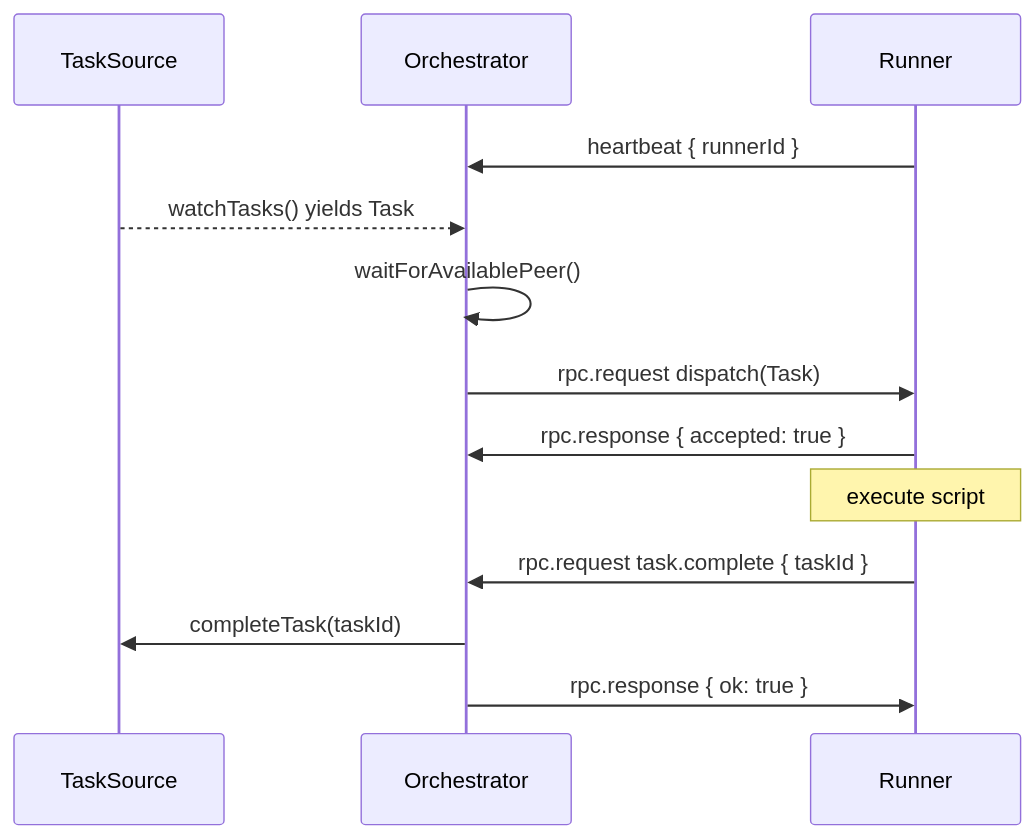
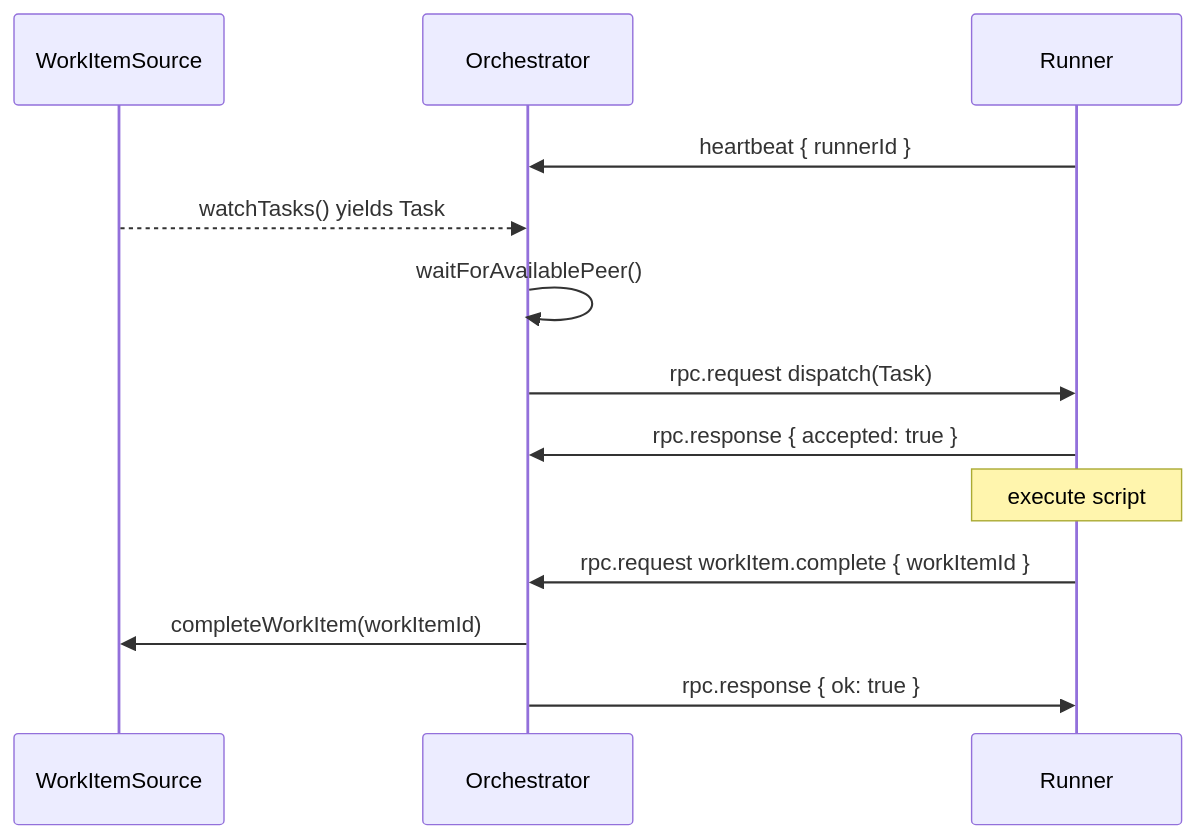
Before and after one commit to devzeebo/bifrost: the diagram in orchestrator-v2/docs/orchestrator.md, drawn with Mermaid. The commit also changed other lines of this file and 56 other files, not shown here.

First line of the commit message:
unify orchestrator v2 execution model under work item terminology

````diff
--- a/orchestrator-v2/docs/orchestrator.md
+++ b/orchestrator-v2/docs/orchestrator.md
@@ -32,16 +32,16 @@
 ```mermaid
 sequenceDiagram
-  participant TS as TaskSource
+  participant TS as WorkItemSource
   participant O as Orchestrator
   participant R as Runner
 
   R->>O: heartbeat { runnerId }
   TS-->>O: watchTasks() yields Task
   O->>O: waitForAvailablePeer()
   O->>R: rpc.request dispatch(Task)
   R->>O: rpc.response { accepted: true }
   Note over R: execute script
-  R->>O: rpc.request task.complete { taskId }
-  O->>TS: completeTask(taskId)
+  R->>O: rpc.request workItem.complete { workItemId }
+  O->>TS: completeWorkItem(workItemId)
   O->>R: rpc.response { ok: true }
 ```
````
